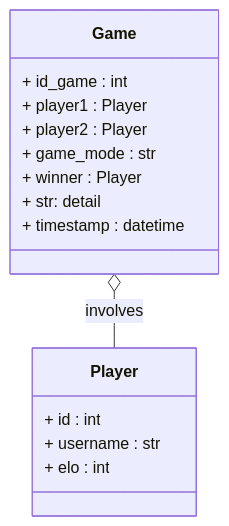
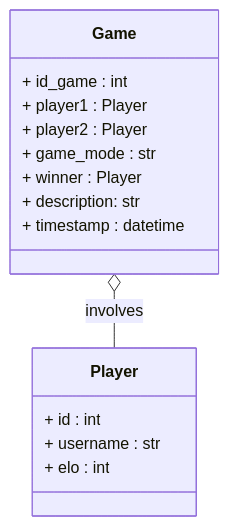
The second of 3 diagrams in quarto-site/doc/tp/tp2.qmd (ludo2ne/ENSAI-2A-Projet-info), drawn with Mermaid before and after one commit. The commit also changed other lines of this file, not shown here.

````diff
--- a/quarto-site/doc/tp/tp2.qmd
+++ b/quarto-site/doc/tp/tp2.qmd
@@ -122,20 +122,20 @@
 ```{mermaid}
 classDiagram
   class Game {
     + id_game : int
     + player1 : Player
     + player2 : Player
     + game_mode : str
     + winner : Player
-    + str: detail
+    + description: str
     + timestamp : datetime
   }
 
   class Player {
     + id : int
     + username : str
     + elo : int
   }
 
   Game o-- Player : involves
 ```
````
